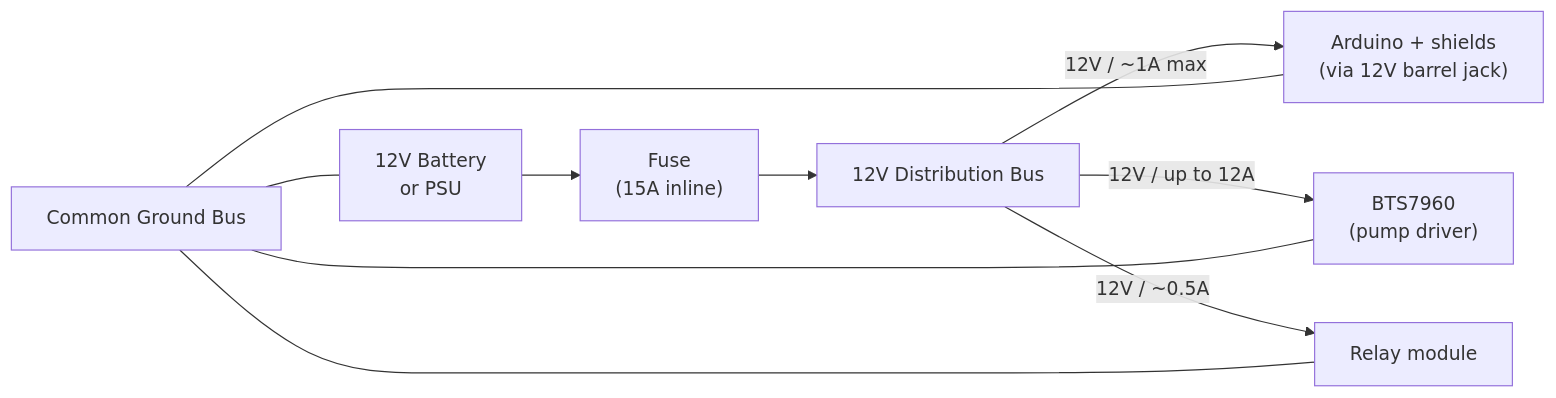
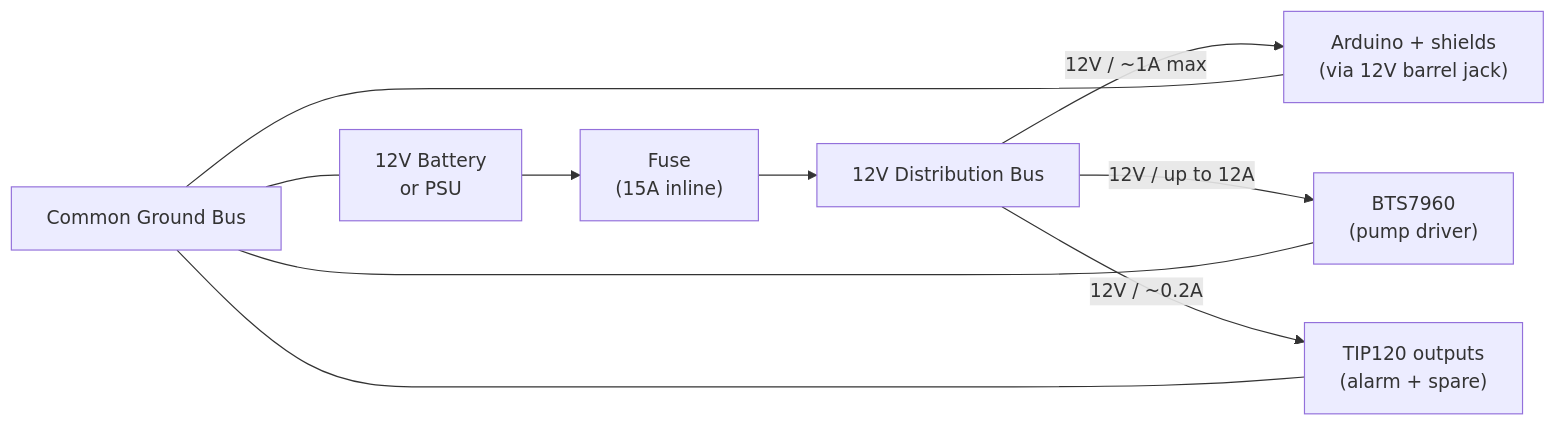
The second of 3 diagrams in readme.md (Supermagnum/heatsink), drawn with Mermaid before and after one commit. The commit also changed other lines of this file and 26 other files, not shown here.

````diff
--- a/readme.md
+++ b/readme.md
@@ -192,16 +259,16 @@
 ```mermaid
 graph LR
     BAT["12V Battery\nor PSU"]
 
     BAT --> FUSE["Fuse\n(15A inline)"]
     FUSE --> BUS["12V Distribution Bus"]
 
     BUS -->|12V / ~1A max| ARD["Arduino + shields\n(via 12V barrel jack)"]
     BUS -->|12V / up to 12A| BTS["BTS7960\n(pump driver)"]
-    BUS -->|12V / ~0.5A| REL["Relay module"]
+    BUS -->|12V / ~0.2A| OUT["TIP120 outputs\n(alarm + spare)"]
 
     GND["Common Ground Bus"] --- ARD
     GND --- BTS
-    GND --- REL
+    GND --- OUT
     GND --- BAT
 ```
````
